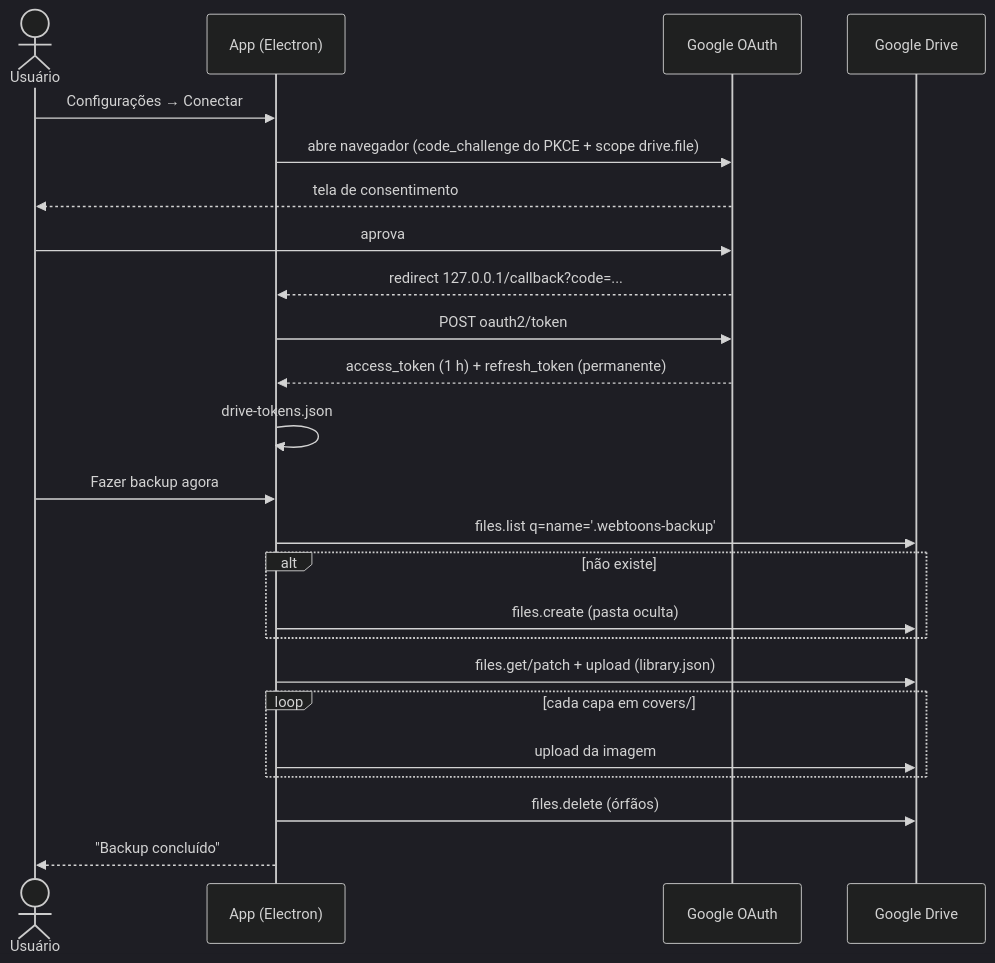
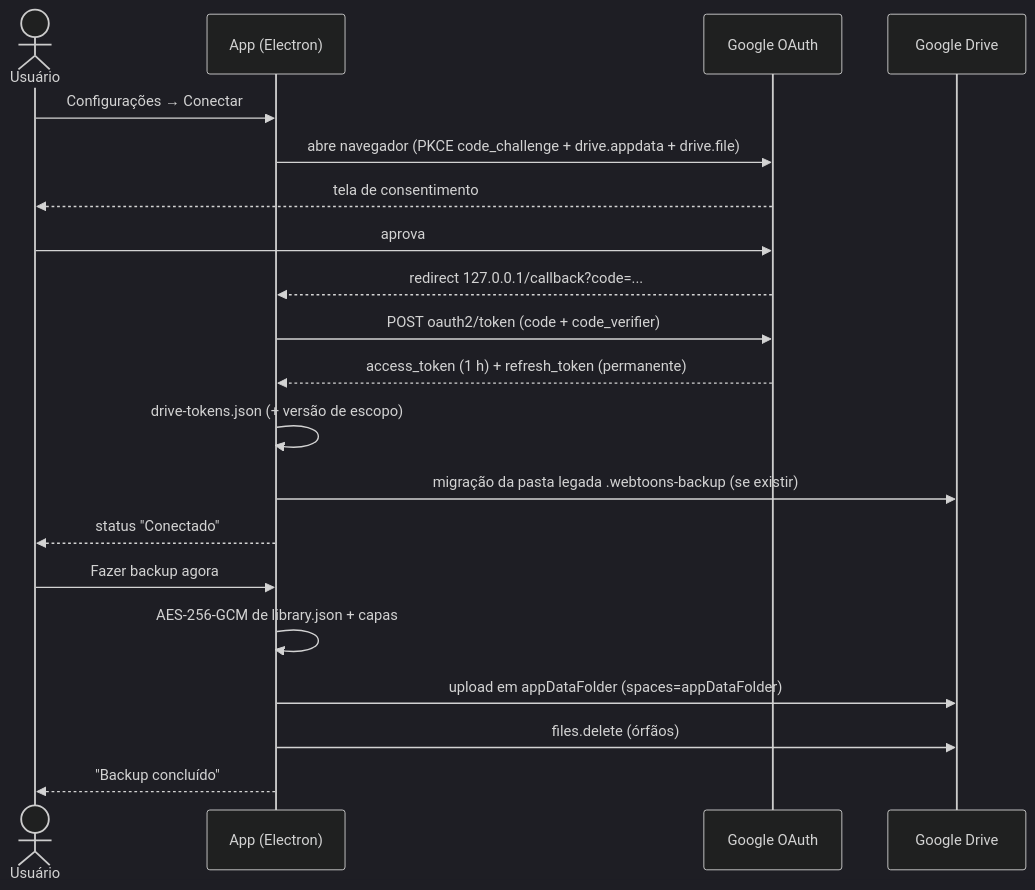
Before and after one commit to chronos-atalante/chronos-biblioteca: the second of 2 diagrams in docs/google-drive.md, drawn with Mermaid (dark theme). The commit also changed other lines of this file and 29 other files, not shown here.

````diff
--- a/docs/google-drive.md
+++ b/docs/google-drive.md
@@ -63,28 +98,24 @@
 ```mermaid
 sequenceDiagram
     actor U as Usuário
     participant App as App (Electron)
     participant G as Google OAuth
     participant D as Google Drive
 
     U->>App: Configurações → Conectar
-    App->>G: abre navegador (code_challenge do PKCE + scope drive.file)
+    App->>G: abre navegador (PKCE code_challenge + drive.appdata + drive.file)
     G-->>U: tela de consentimento
     U->>G: aprova
     G-->>App: redirect 127.0.0.1/callback?code=...
-    App->>G: POST oauth2/token
+    App->>G: POST oauth2/token (code + code_verifier)
     G-->>App: access_token (1 h) + refresh_token (permanente)
-    App->>App: drive-tokens.json
+    App->>App: drive-tokens.json (+ versão de escopo)
+    App->>D: migração da pasta legada .webtoons-backup (se existir)
+    App-->>U: status "Conectado"
 
     U->>App: Fazer backup agora
-    App->>D: files.list q=name='.webtoons-backup'
-    alt não existe
-        App->>D: files.create (pasta oculta)
-    end
-    App->>D: files.get/patch + upload (library.json)
-    loop cada capa em covers/
-        App->>D: upload da imagem
-    end
+    App->>App: AES-256-GCM de library.json + capas
+    App->>D: upload em appDataFolder (spaces=appDataFolder)
     App->>D: files.delete (órfãos)
     App-->>U: "Backup concluído"
 ```
````
